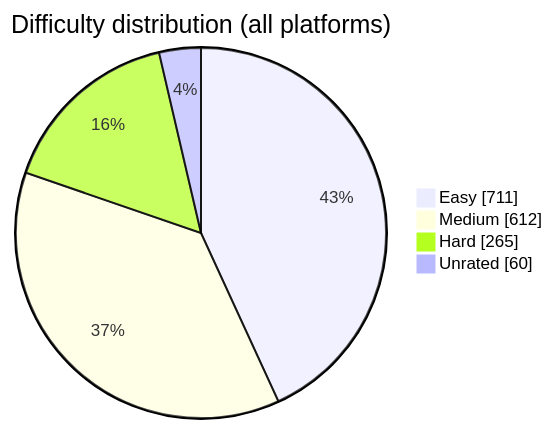
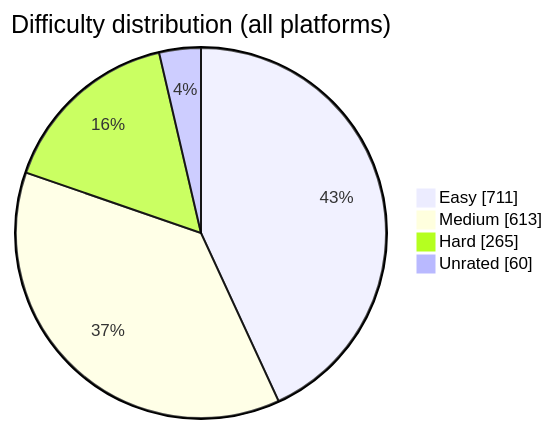
One commit to BuildbyArindam/Daily-Coding-Log changed the diagram in README.md. Above: the diagram before and after it, drawn with Mermaid. The commit also changed other lines of this file, not shown here.

````diff
--- a/README.md
+++ b/README.md
@@ -93,7 +93,7 @@
 ```mermaid
 pie showData title Difficulty distribution (all platforms)
     "Easy" : 711
-    "Medium" : 612
+    "Medium" : 613
     "Hard" : 265
     "Unrated" : 60
 ```
````
